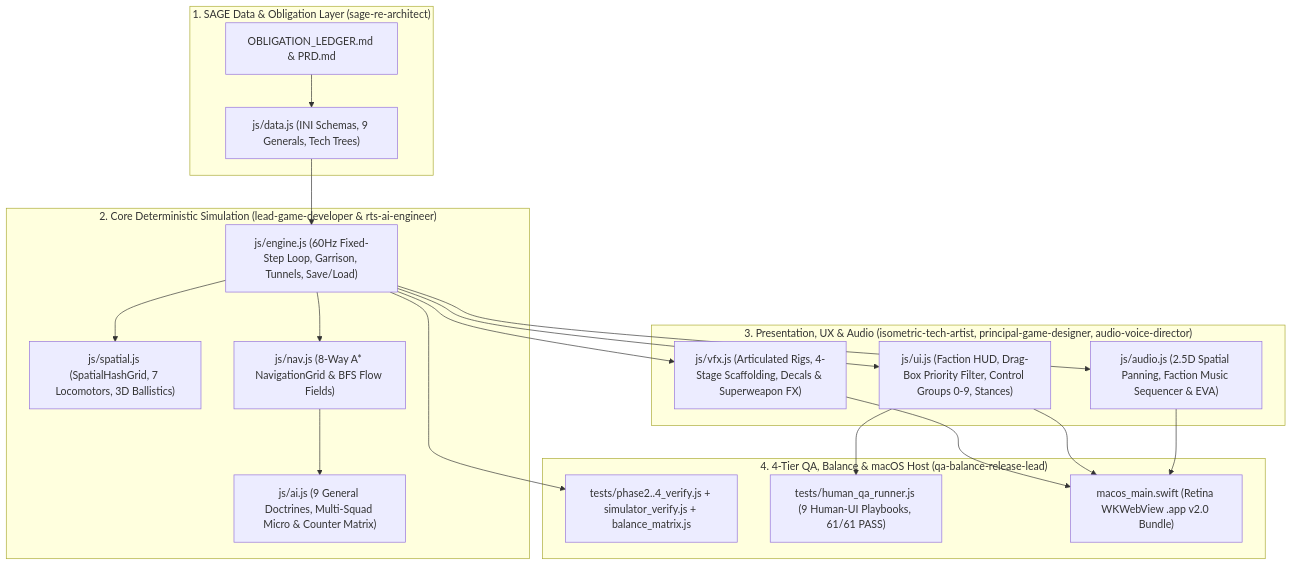
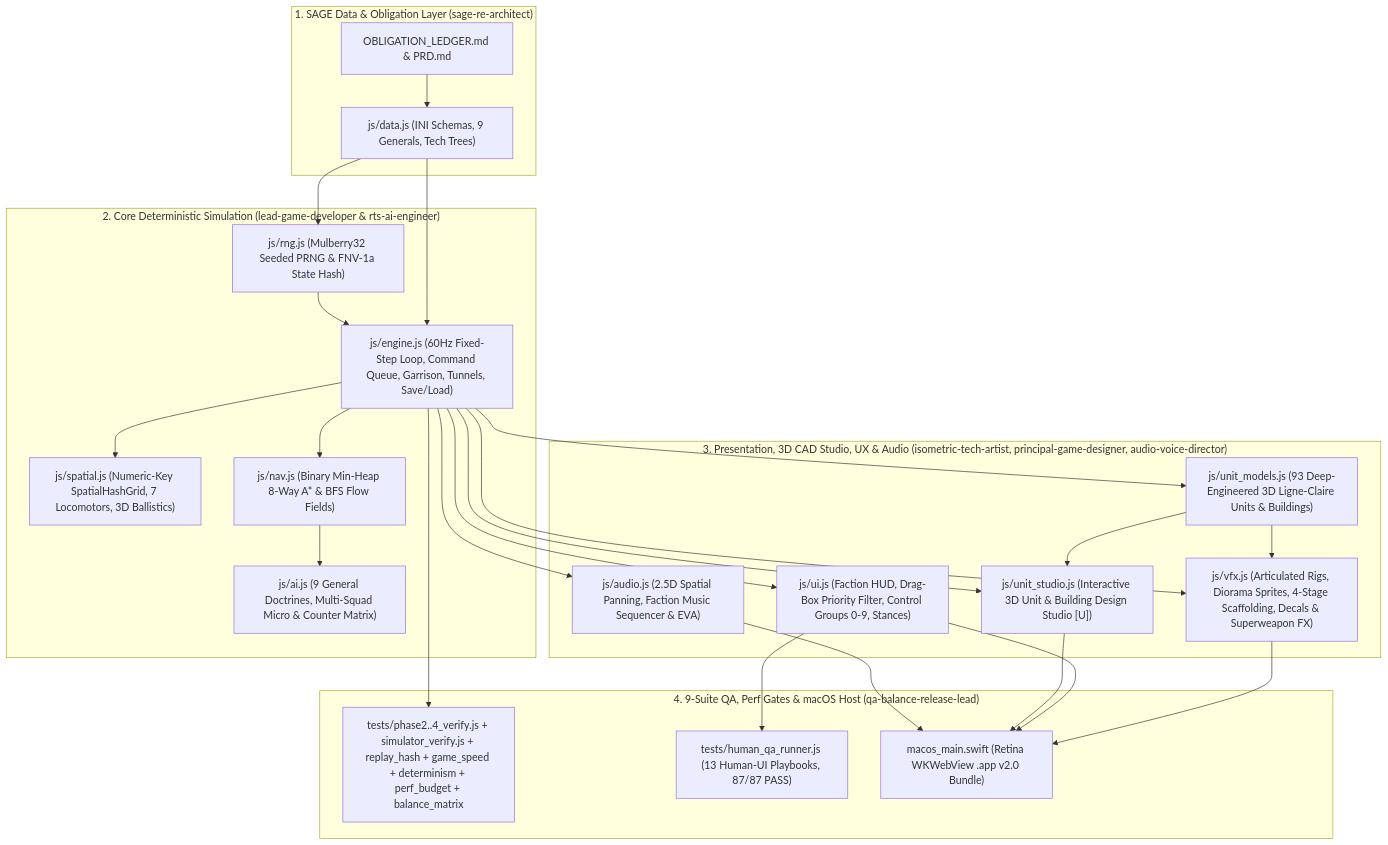
One commit to malishan1122/cnc_generals changed the diagram in STUDIO_MASTER_PLAN.md. Above: the diagram before and after it, drawn with Mermaid. The commit also changed other lines of this file and 98 other files, not shown here.

Commit message:
feat: complete Phases 0-2 deterministic simulation, GLA 3D CAD & diorama integration, app bundle sync, and full documentation upgrade

````diff
--- a/STUDIO_MASTER_PLAN.md
+++ b/STUDIO_MASTER_PLAN.md
@@ -27,25 +27,28 @@
 ```mermaid
 flowchart TD
     subgraph DataLayer["1. SAGE Data & Obligation Layer (sage-re-architect)"]
         LEDGER["OBLIGATION_LEDGER.md & PRD.md"] --> DATA["js/data.js (INI Schemas, 9 Generals, Tech Trees)"]
     end
 
     subgraph CoreSimulation["2. Core Deterministic Simulation (lead-game-developer & rts-ai-engineer)"]
-        DATA --> SIM["js/engine.js (60Hz Fixed-Step Loop, Garrison, Tunnels, Save/Load)"]
-        SIM --> SPATIAL["js/spatial.js (SpatialHashGrid, 7 Locomotors, 3D Ballistics)"]
-        SIM --> NAV["js/nav.js (8-Way A* NavigationGrid & BFS Flow Fields)"]
+        DATA --> RNG["js/rng.js (Mulberry32 Seeded PRNG & FNV-1a State Hash)"]
+        DATA & RNG --> SIM["js/engine.js (60Hz Fixed-Step Loop, Command Queue, Garrison, Tunnels, Save/Load)"]
+        SIM --> SPATIAL["js/spatial.js (Numeric-Key SpatialHashGrid, 7 Locomotors, 3D Ballistics)"]
+        SIM --> NAV["js/nav.js (Binary Min-Heap 8-Way A* & BFS Flow Fields)"]
         NAV --> AI["js/ai.js (9 General Doctrines, Multi-Squad Micro & Counter Matrix)"]
     end
 
-    subgraph Presentation["3. Presentation, UX & Audio (isometric-tech-artist, principal-game-designer, audio-voice-director)"]
-        SIM --> VFX["js/vfx.js (Articulated Rigs, 4-Stage Scaffolding, Decals & Superweapon FX)"]
+    subgraph Presentation["3. Presentation, 3D CAD Studio, UX & Audio (isometric-tech-artist, principal-game-designer, audio-voice-director)"]
+        SIM --> MODELS["js/unit_models.js (93 Deep-Engineered 3D Ligne-Claire Units & Buildings)"]
+        SIM & MODELS --> VFX["js/vfx.js (Articulated Rigs, Diorama Sprites, 4-Stage Scaffolding, Decals & Superweapon FX)"]
+        SIM & MODELS --> STUDIO["js/unit_studio.js (Interactive 3D Unit & Building Design Studio [U])"]
         SIM --> HUD["js/ui.js (Faction HUD, Drag-Box Priority Filter, Control Groups 0-9, Stances)"]
         SIM --> AUDIO["js/audio.js (2.5D Spatial Panning, Faction Music Sequencer & EVA)"]
     end
 
-    subgraph PlatformQA["4. 4-Tier QA, Balance & macOS Host (qa-balance-release-lead)"]
-        SIM --> QA["tests/phase2..4_verify.js + simulator_verify.js + balance_matrix.js"]
-        HUD --> HUMANQA["tests/human_qa_runner.js (9 Human-UI Playbooks, 61/61 PASS)"]
-        VFX & HUD & AUDIO --> MAC["macos_main.swift (Retina WKWebView .app v2.0 Bundle)"]
+    subgraph PlatformQA["4. 9-Suite QA, Perf Gates & macOS Host (qa-balance-release-lead)"]
+        SIM --> QA["tests/phase2..4_verify.js + simulator_verify.js + replay_hash + game_speed + determinism + perf_budget + balance_matrix"]
+        HUD --> HUMANQA["tests/human_qa_runner.js (13 Human-UI Playbooks, 87/87 PASS)"]
+        VFX & HUD & STUDIO & AUDIO --> MAC["macos_main.swift (Retina WKWebView .app v2.0 Bundle)"]
     end
 ```
````
